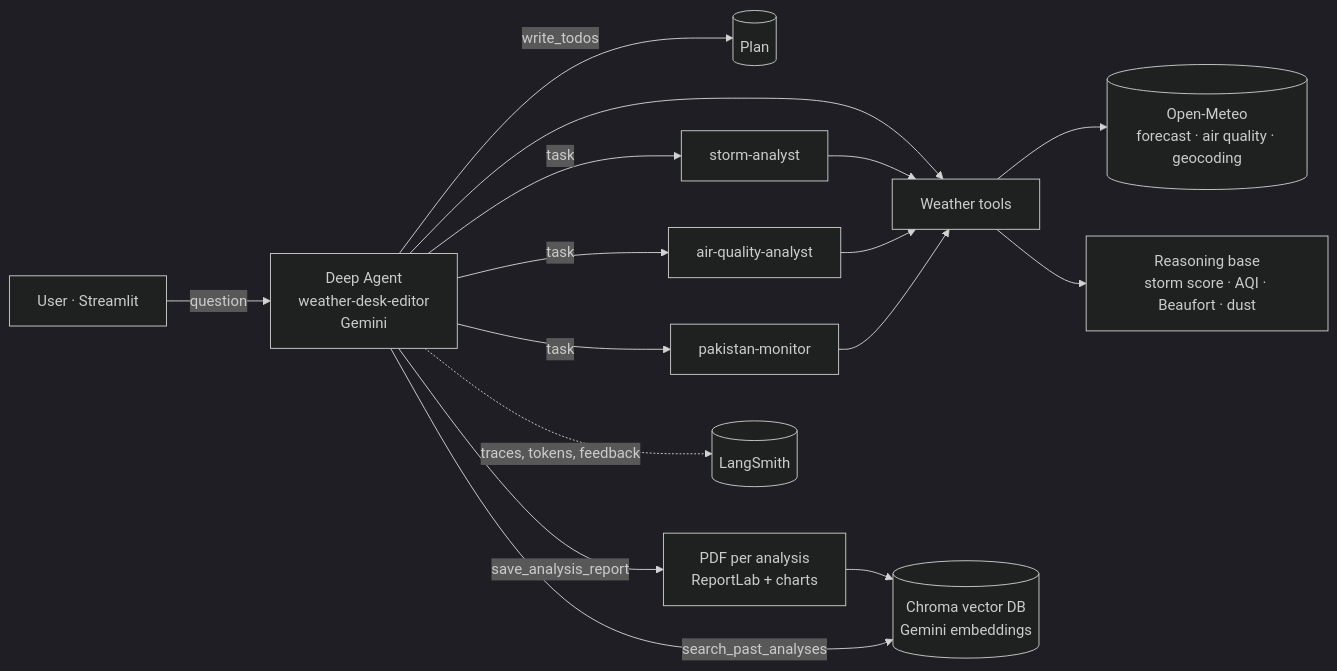
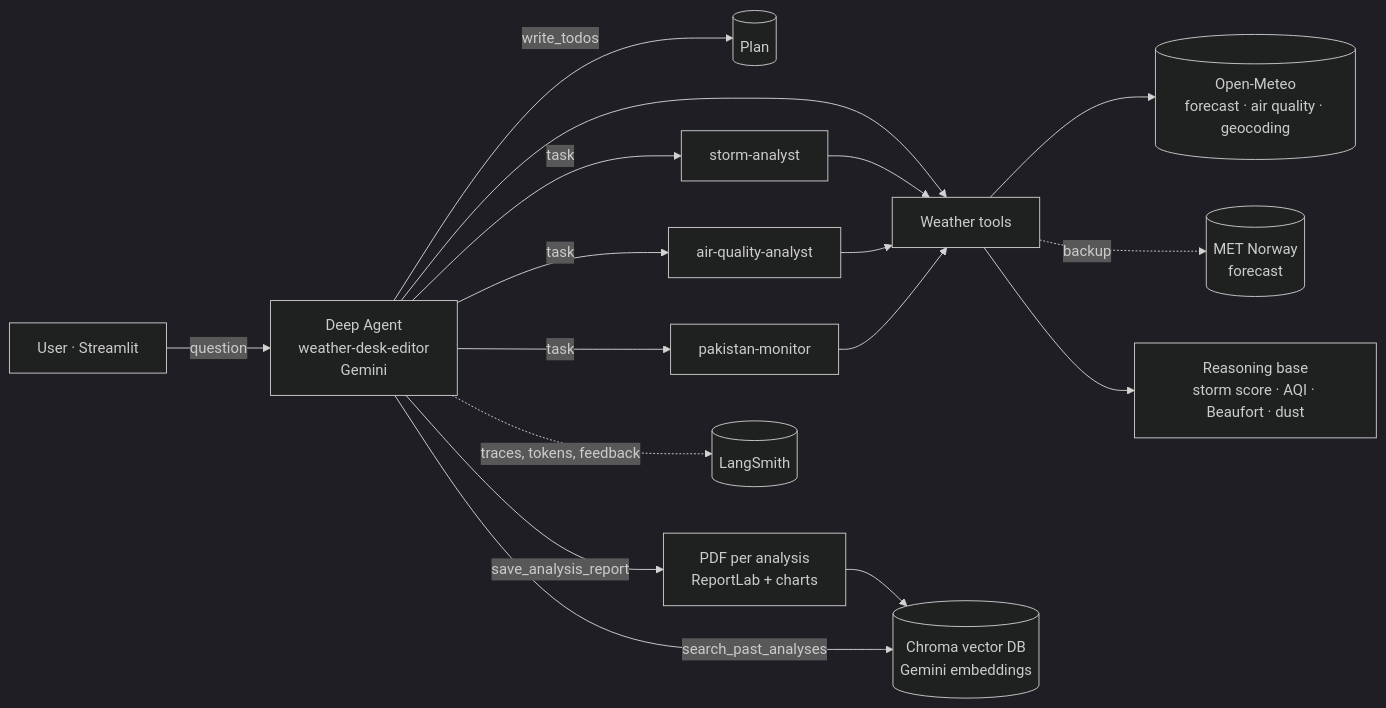
Before and after one commit to khurramshahzad786/neuralcast-weather-agent: the diagram in README.md, drawn with Mermaid (dark theme). The commit also changed other lines of this file and 10 other files, not shown here.

First line of the commit message:
MET Norway backup forecast and self-healing error panels

````diff
--- a/README.md
+++ b/README.md
@@ -45,15 +47,16 @@
 ```mermaid
 flowchart LR
     U[User · Streamlit] -->|question| M[Deep Agent<br/>weather-desk-editor<br/>Gemini]
     M -->|write_todos| P[(Plan)]
     M -->|task| S1[storm-analyst]
     M -->|task| S2[air-quality-analyst]
     M -->|task| S3[pakistan-monitor]
     M & S1 & S2 & S3 --> T[Weather tools]
     T --> OM[(Open-Meteo<br/>forecast · air quality · geocoding)]
+    T -. backup .-> MET[(MET Norway<br/>forecast)]
     T --> R[Reasoning base<br/>storm score · AQI · Beaufort · dust]
     M -->|save_analysis_report| PDF[PDF per analysis<br/>ReportLab + charts]
     PDF --> V[(Chroma vector DB<br/>Gemini embeddings)]
     M -->|search_past_analyses| V
     M -. traces, tokens, feedback .-> LS[(LangSmith)]
 ```
````
